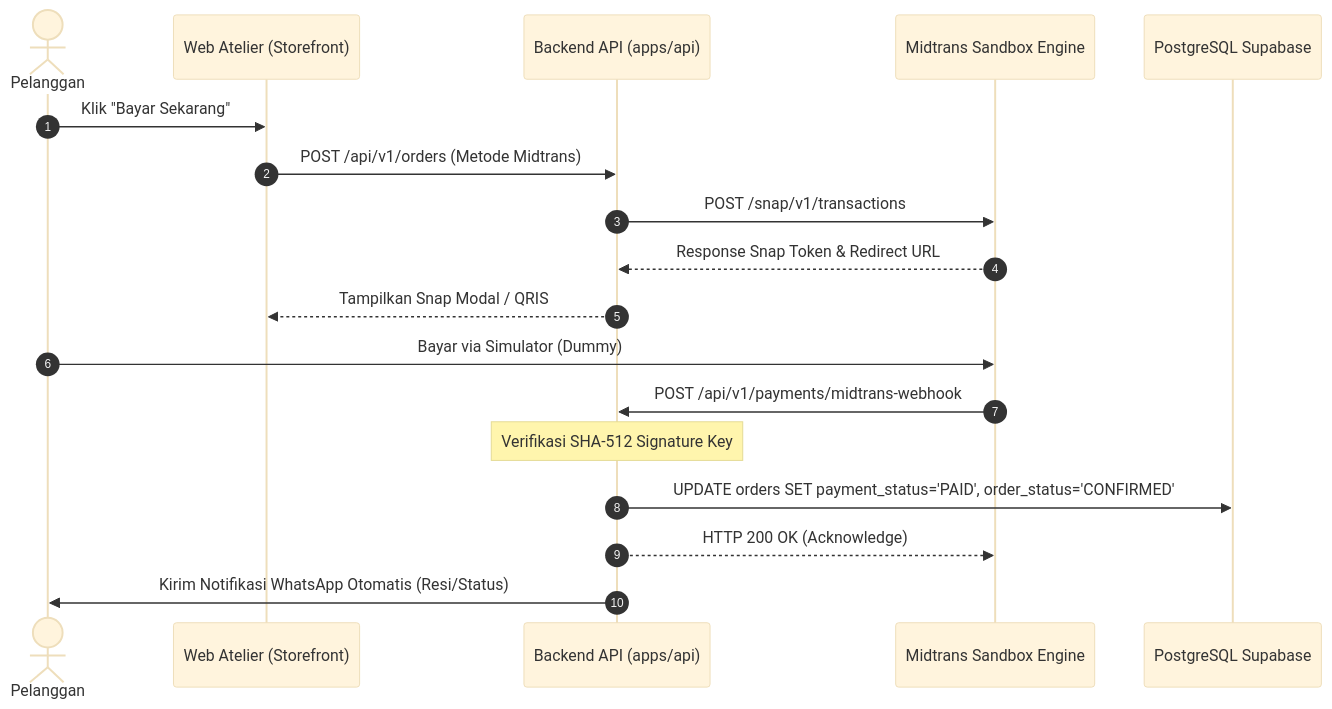
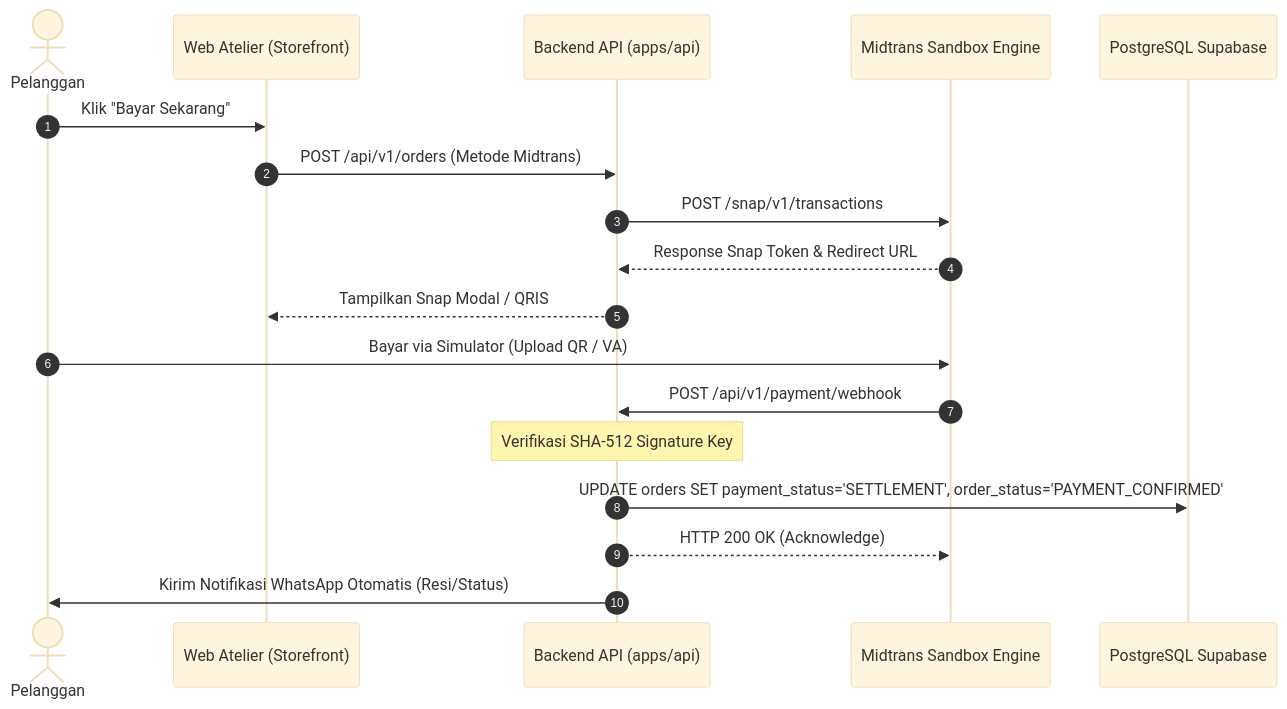
Before and after one commit to AhmadArifff/E-Comerce-BucketFlowers: the diagram in DOC-PAYMENT-GATEWAY.md, drawn with Mermaid (base theme). The commit also changed other lines of this file and 1 other file, not shown here.

Commit message:
docs: expand detailed simulation guides for all payment methods and courier shipping in sandbox

````diff
--- a/DOC-PAYMENT-GATEWAY.md
+++ b/DOC-PAYMENT-GATEWAY.md
@@ -98,21 +162,21 @@
 ```mermaid
 sequenceDiagram
     autonumber
     actor Customer as Pelanggan
     participant Web as Web Atelier (Storefront)
     participant API as Backend API (apps/api)
     participant Midtrans as Midtrans Sandbox Engine
     participant DB as PostgreSQL Supabase
 
     Customer->>Web: Klik "Bayar Sekarang"
     Web->>API: POST /api/v1/orders (Metode Midtrans)
     API->>Midtrans: POST /snap/v1/transactions
     Midtrans-->>API: Response Snap Token & Redirect URL
     API-->>Web: Tampilkan Snap Modal / QRIS
-    Customer->>Midtrans: Bayar via Simulator (Dummy)
-    Midtrans->>API: POST /api/v1/payments/midtrans-webhook
+    Customer->>Midtrans: Bayar via Simulator (Upload QR / VA)
+    Midtrans->>API: POST /api/v1/payment/webhook
     Note over API: Verifikasi SHA-512 Signature Key
-    API->>DB: UPDATE orders SET payment_status='PAID', order_status='CONFIRMED'
+    API->>DB: UPDATE orders SET payment_status='SETTLEMENT', order_status='PAYMENT_CONFIRMED'
     API-->>Midtrans: HTTP 200 OK (Acknowledge)
     API->>Customer: Kirim Notifikasi WhatsApp Otomatis (Resi/Status)
 ```
````
